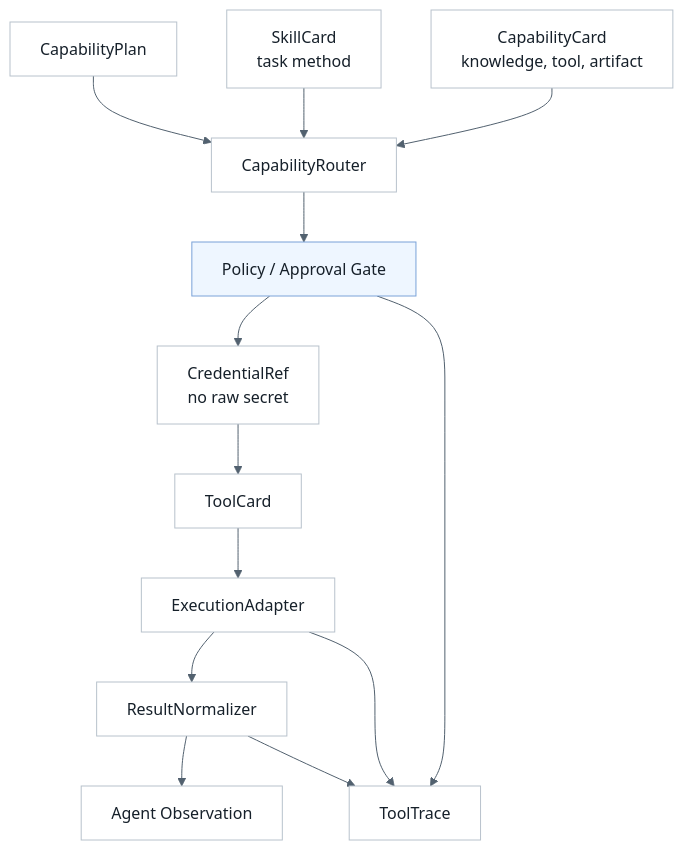
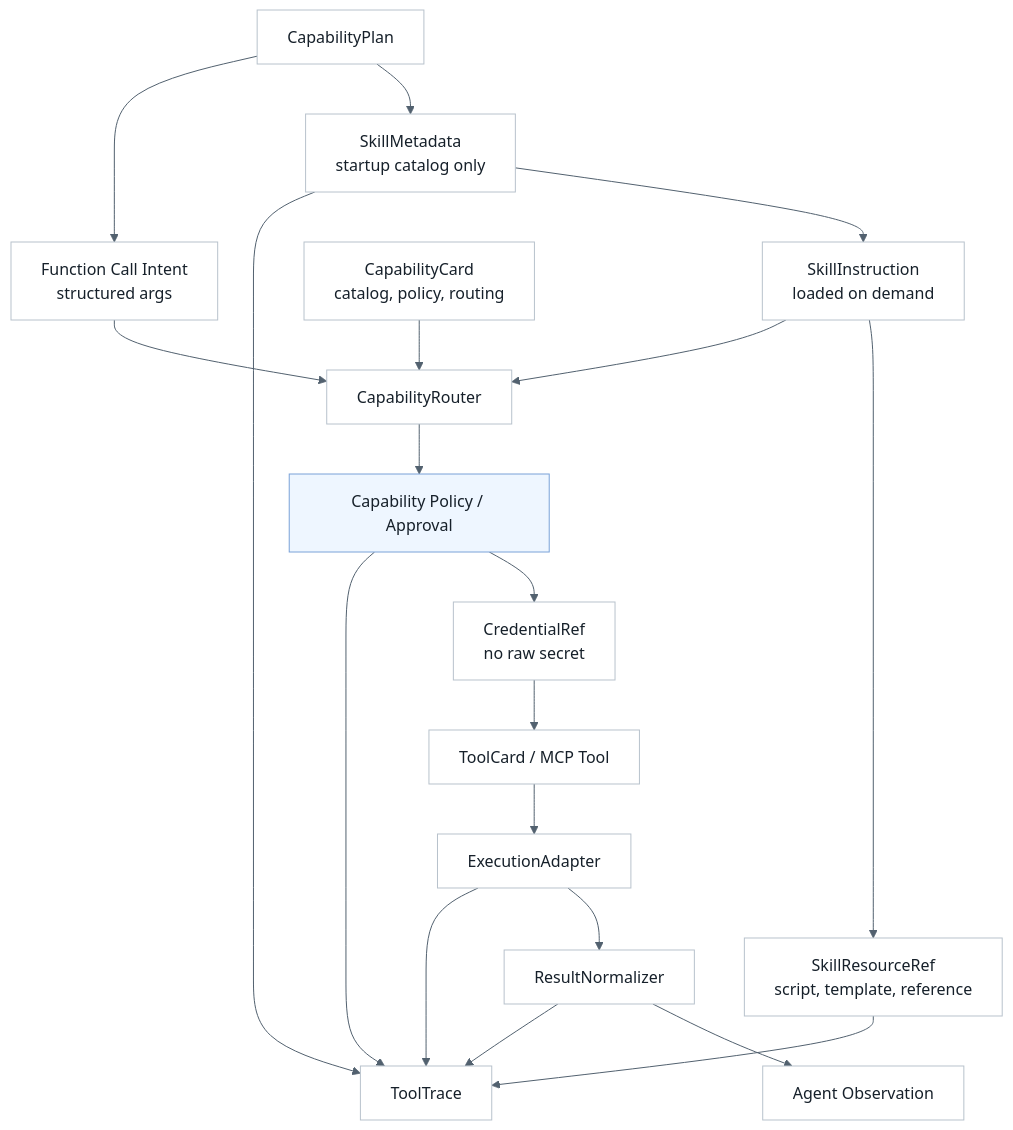
Diagram 12 of 16 in .agent/architecture/architecture.md (ProfessorZhi/Zuno), drawn with Mermaid before and after one commit. The commit also changed other lines of this file and 19 other files, not shown here.

Commit message:
Harden architecture contracts and offline atlas

````diff
--- a/.agent/architecture/architecture.md
+++ b/.agent/architecture/architecture.md
@@ -919,29 +1025,35 @@
 ```mermaid
 %%{init: {"theme": "base", "themeVariables": {"background": "#f7f8fb", "lineColor": "#52616f"}}}%%
 flowchart TB
   classDef node fill:#ffffff,stroke:#b8c2cc,stroke-width:1px,color:#16202a;
   classDef policy fill:#eef6ff,stroke:#7aa2d8,stroke-width:1px,color:#16202a;
 
   Plan["CapabilityPlan"]
-  Skill["SkillCard<br/>task method"]
-  Capability["CapabilityCard<br/>knowledge, tool, artifact"]
+  Metadata["SkillMetadata<br/>startup catalog only"]
+  Instruction["SkillInstruction<br/>loaded on demand"]
+  Resource["SkillResourceRef<br/>script, template, reference"]
+  Intent["Function Call Intent<br/>structured args"]
+  Capability["CapabilityCard<br/>catalog, policy, routing"]
   Router["CapabilityRouter"]
-  Policy["Policy / Approval Gate"]
+  Policy["Capability Policy / Approval"]
   Credential["CredentialRef<br/>no raw secret"]
-  Tool["ToolCard"]
+  Tool["ToolCard / MCP Tool"]
   Adapter["ExecutionAdapter"]
   Normalizer["ResultNormalizer"]
   Trace["ToolTrace"]
   Observation["Agent Observation"]
 
-  Plan --> Router
-  Skill --> Router
+  Plan --> Metadata --> Instruction --> Resource
+  Plan --> Intent --> Router
   Capability --> Router
+  Instruction --> Router
   Router --> Policy --> Credential --> Tool --> Adapter --> Normalizer --> Observation
   Adapter --> Trace
   Policy --> Trace
   Normalizer --> Trace
+  Metadata --> Trace
+  Resource --> Trace
 
-  class Plan,Skill,Capability,Router,Credential,Tool,Adapter,Normalizer,Trace,Observation node;
+  class Plan,Metadata,Instruction,Resource,Intent,Capability,Router,Credential,Tool,Adapter,Normalizer,Trace,Observation node;
   class Policy policy;
 ```
````
